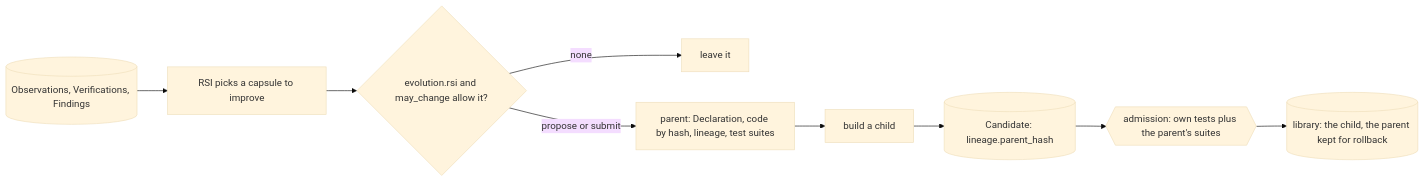
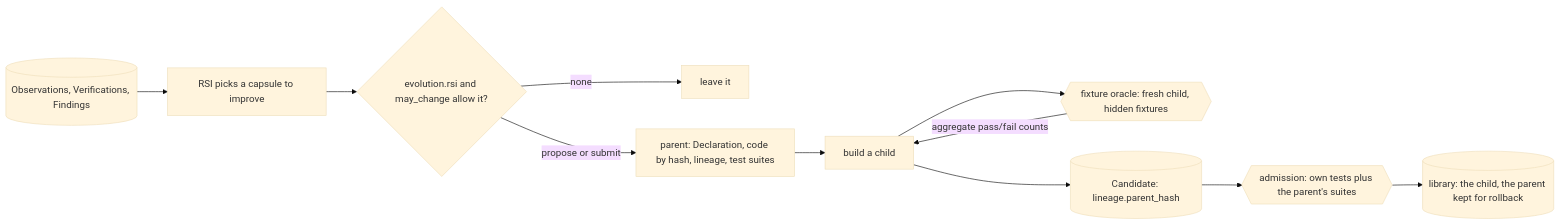
The first of 2 diagrams in docs/architecture/capsule/rsi.md (Stellven/jiuwenswarm), drawn with Mermaid (base theme) before and after one commit. The commit also changed other lines of this file and 122 other files, not shown here.

First line of the commit message:
Architecture vault: full M1 PRD pass, contracts, and capsule inventory proposal

````diff
--- a/docs/architecture/capsule/rsi.md
+++ b/docs/architecture/capsule/rsi.md
@@ -27,12 +29,14 @@
 ```mermaid
 flowchart LR
     OBS[("Observations, Verifications, Findings")] --> PICK["RSI picks a capsule to improve"]
     PERM{"evolution.rsi and may_change allow it?"}
     PICK --> PERM
     PERM -->|"none"| STOP["leave it"]
     PERM -->|"propose or submit"| PAR["parent: Declaration, code by hash, lineage, test suites"]
     PAR --> BLD["build a child"]
+    BLD --> ORA{{"fixture oracle: fresh child, hidden fixtures"}}
+    ORA -->|"aggregate pass/fail counts"| BLD
     BLD --> CAND[("Candidate: lineage.parent_hash")]
     CAND --> ADM{{"admission: own tests plus the parent's suites"}}
     ADM --> LIB[("library: the child, the parent kept for rollback")]
 ```
````
